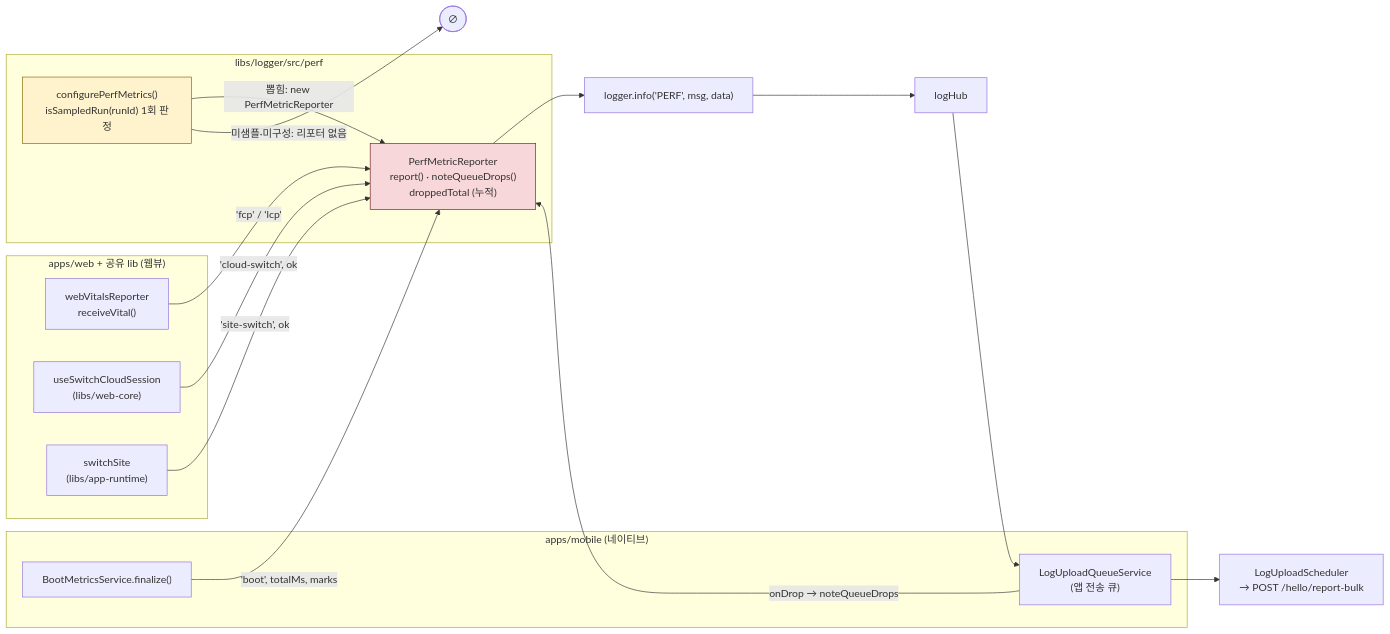
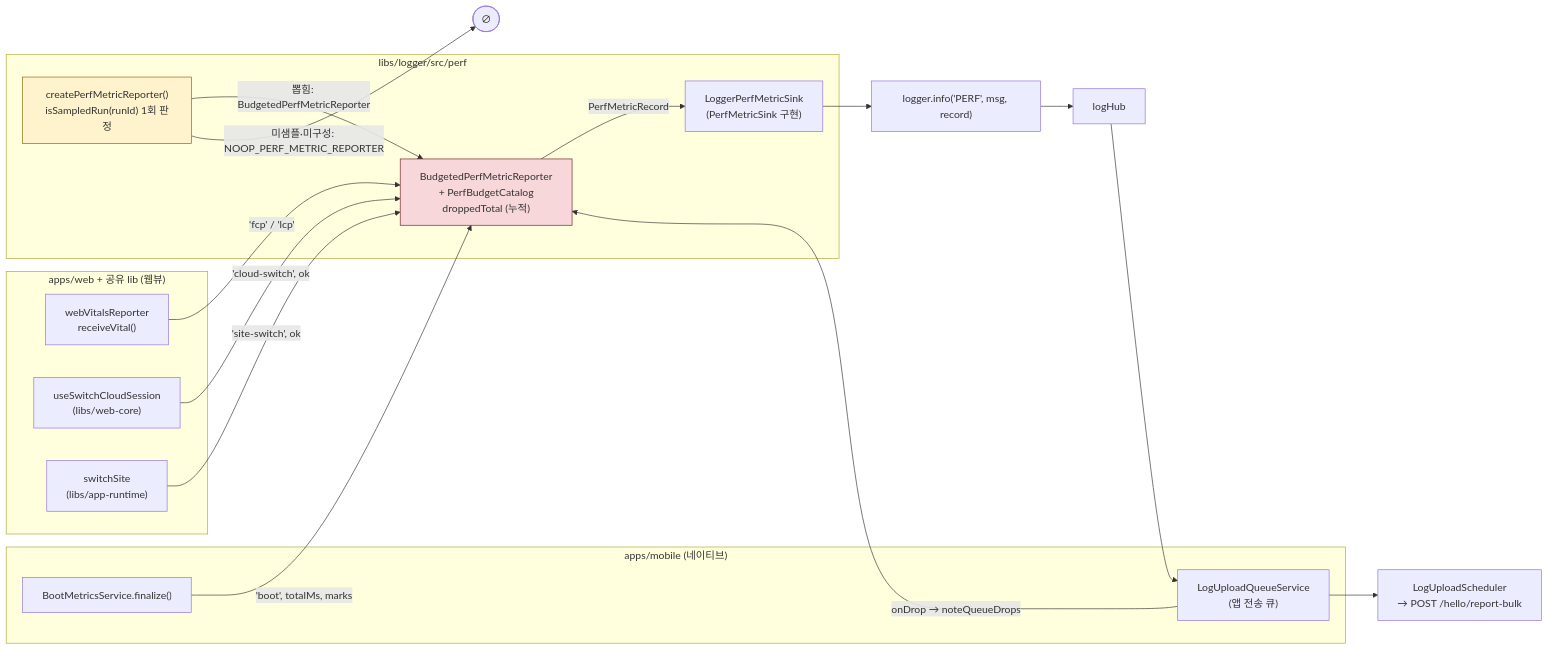
One commit to lemoncloud-io/dou-app changed the first of 3 diagrams in libs/logger/docs/perf-metrics.md. Above: the diagram before and after it, drawn with Mermaid. The commit also changed other lines of this file and 15 other files, not shown here.

First line of the commit message:
refactor(logger): split the perf reporter into ports, a class and a factory

````diff
--- a/libs/logger/docs/perf-metrics.md
+++ b/libs/logger/docs/perf-metrics.md
@@ -103,39 +103,41 @@
 ```mermaid
 flowchart LR
     subgraph native["apps/mobile (네이티브)"]
         BMS["BootMetricsService.finalize()"]
         NQ["LogUploadQueueService<br/>(앱 전송 큐)"]
     end
 
     subgraph web["apps/web + 공유 lib (웹뷰)"]
         WV["webVitalsReporter<br/>receiveVital()"]
         CS["useSwitchCloudSession<br/>(libs/web-core)"]
         SS["switchSite<br/>(libs/app-runtime)"]
     end
 
     subgraph perf["libs/logger/src/perf"]
-        CFG["configurePerfMetrics()<br/>isSampledRun(runId) 1회 판정"]
-        RPT["PerfMetricReporter<br/>report() · noteQueueDrops()<br/>droppedTotal (누적)"]
+        CFG["createPerfMetricReporter()<br/>isSampledRun(runId) 1회 판정"]
+        RPT["BudgetedPerfMetricReporter<br/>+ PerfBudgetCatalog<br/>droppedTotal (누적)"]
+        SINK["LoggerPerfMetricSink<br/>(PerfMetricSink 구현)"]
     end
 
     HUB["logHub"]
     UP["LogUploadScheduler<br/>→ POST /hello/report-bulk"]
 
-    CFG -->|"뽑힘: new PerfMetricReporter"| RPT
-    CFG -->|"미샘플·미구성: 리포터 없음"| X(["∅"])
+    CFG -->|"뽑힘: BudgetedPerfMetricReporter"| RPT
+    CFG -->|"미샘플·미구성: NOOP_PERF_METRIC_REPORTER"| X(["∅"])
 
     BMS -->|"'boot', totalMs, marks"| RPT
     WV -->|"'fcp' / 'lcp'"| RPT
     CS -->|"'cloud-switch', ok"| RPT
     SS -->|"'site-switch', ok"| RPT
 
-    RPT --> LOG["logger.info('PERF', msg, data)"]
+    RPT -->|"PerfMetricRecord"| SINK
+    SINK --> LOG["logger.info('PERF', msg, record)"]
 
     LOG --> HUB
     HUB --> NQ
     NQ -->|"onDrop → noteQueueDrops"| RPT
     NQ --> UP
 
     style CFG fill:#fff3cd,stroke:#856404
     style RPT fill:#f8d7da,stroke:#721c24
 ```
````
